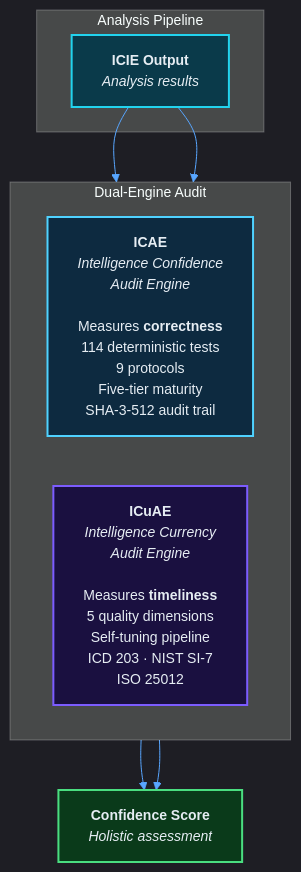
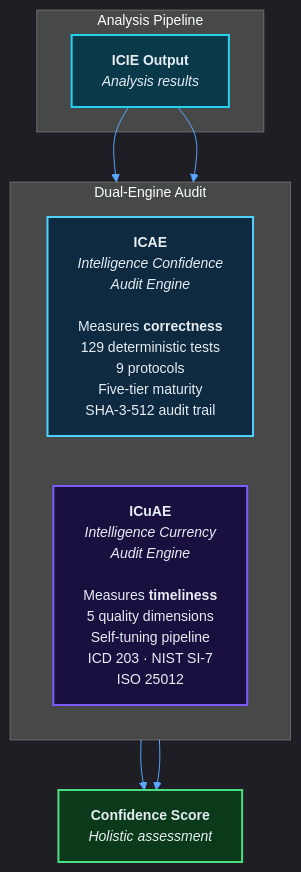
One commit to IT-Help-San-Diego/dns-tool-web changed the diagram in docs/diagrams/confidence-framework.mmd. Above: the diagram before and after it, drawn with Mermaid. The commit also changed 4 other files, not shown here.

```diff
--- a/docs/diagrams/confidence-framework.mmd
+++ b/docs/diagrams/confidence-framework.mmd
@@ -1,23 +1,23 @@
 %%{ init: { 'theme': 'dark', 'themeVariables': { 'primaryColor': '#1e3a5f', 'primaryTextColor': '#e6edf3', 'primaryBorderColor': '#58a6ff', 'lineColor': '#58a6ff', 'secondaryColor': '#0c1018', 'tertiaryColor': '#111720', 'fontSize': '14px' } } }%%
 graph TD
     subgraph pipeline["Analysis Pipeline"]
         ICIE["<b>ICIE Output</b><br/><i>Analysis results</i>"]:::cyan
     end
 
     subgraph dual["Dual-Engine Audit"]
         direction LR
-        ICAE["<b>ICAE</b><br/><i>Intelligence Confidence</i><br/><i>Audit Engine</i><br/><br/>Measures <b>correctness</b><br/>114 deterministic tests<br/>9 protocols<br/>Five-tier maturity<br/>SHA-3-512 audit trail"]:::icae
+        ICAE["<b>ICAE</b><br/><i>Intelligence Confidence</i><br/><i>Audit Engine</i><br/><br/>Measures <b>correctness</b><br/>129 deterministic tests<br/>9 protocols<br/>Five-tier maturity<br/>SHA-3-512 audit trail"]:::icae
         ICuAE["<b>ICuAE</b><br/><i>Intelligence Currency</i><br/><i>Audit Engine</i><br/><br/>Measures <b>timeliness</b><br/>5 quality dimensions<br/>Self-tuning pipeline<br/>ICD 203 · NIST SI-7<br/>ISO 25012"]:::icuae
     end
 
     ICIE --> ICAE
     ICIE --> ICuAE
     ICAE --> SCORE
     ICuAE --> SCORE
 
     SCORE["<b>Confidence Score</b><br/><i>Holistic assessment</i>"]:::green
 
     classDef cyan fill:#0a3a4a,stroke:#22d3ee,stroke-width:2px,color:#e6edf3
     classDef icae fill:#0d2a40,stroke:#4fd2ff,stroke-width:2px,color:#e6edf3
     classDef icuae fill:#1a1040,stroke:#7c5cff,stroke-width:2px,color:#e6edf3
     classDef green fill:#0a3a1a,stroke:#4ade80,stroke-width:2px,color:#e6edf3
```
